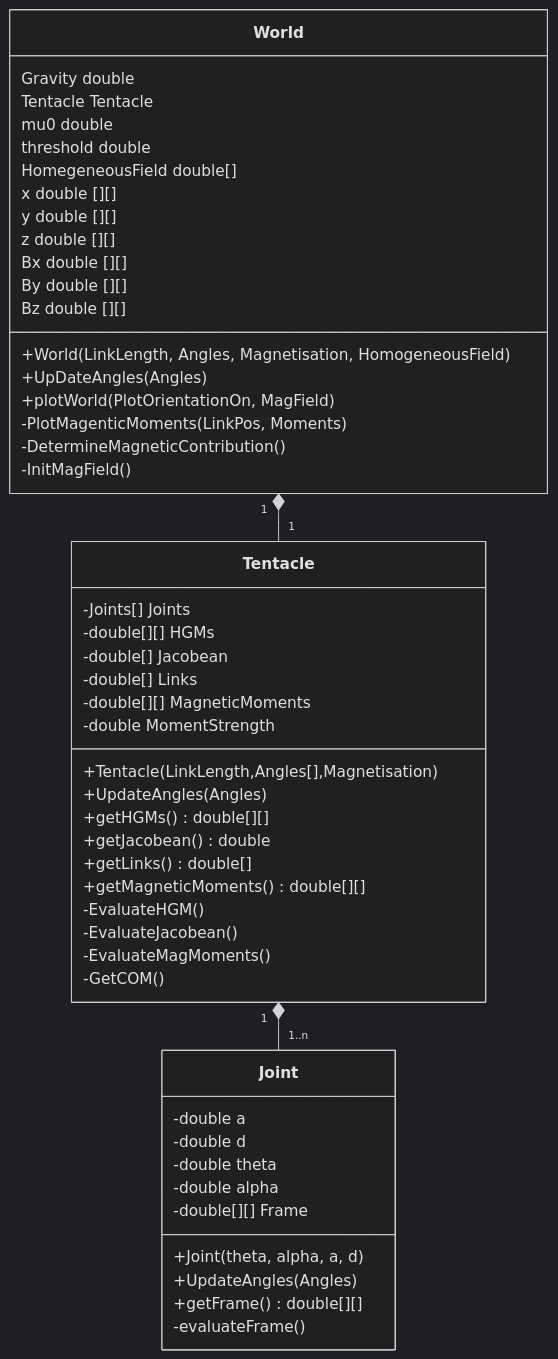
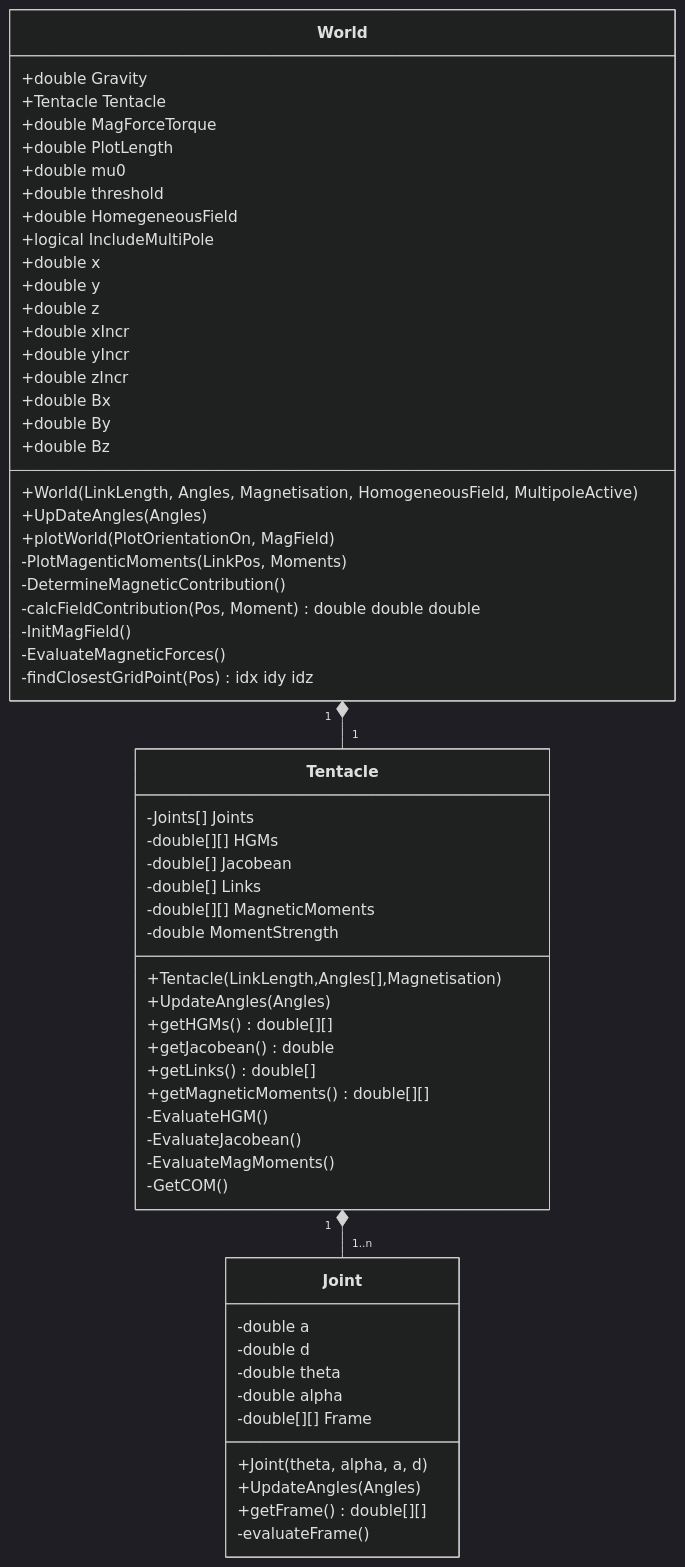
The diagram in README.md (adammetcalf/MagnetSOlver), drawn with Mermaid (dark theme) before and after one commit. The commit also changed 2 other files, not shown here.

Commit message:
Added the effects of Magnetisation to the model.
Todo: constrain angles to reasonable limits?
add effects of gravity
add stiffness
Add mass

Add an optimisation solver

````diff
--- a/README.md
+++ b/README.md
@@ -7,53 +7,62 @@
 ```mermaid
 classDiagram
     class Joint {
         -double a
         -double d
         -double theta
         -double alpha
         -double[][] Frame
         +Joint(theta, alpha, a, d)
         +UpdateAngles(Angles)
         +getFrame() double[][]
         -evaluateFrame()
     }
     class Tentacle{
         -Joints[] Joints
         -double[][] HGMs
         -double[] Jacobean
         -double[] Links
         -double[][] MagneticMoments
         -double MomentStrength
         +Tentacle(LinkLength,Angles[],Magnetisation)
         +UpdateAngles(Angles)
         +getHGMs() double[][]
         +getJacobean() double
         +getLinks() double[]
         +getMagneticMoments() double[][]
         -EvaluateHGM()
         -EvaluateJacobean()
         -EvaluateMagMoments()
         -GetCOM()
     }
     class World {
-        Gravity double
-        Tentacle Tentacle
-        mu0 double
-        threshold double
-        HomegeneousField double[]
-        x double [][]
-        y double [][]
-        z double [][]
-        Bx double [][]
-        By double [][]
-        Bz double [][]
-        +World(LinkLength, Angles, Magnetisation, HomogeneousField)
+        +double Gravity
+        +Tentacle Tentacle
+        +double MagForceTorque
+        +double PlotLength
+        +double mu0
+        +double threshold
+        +double HomegeneousField
+        +logical IncludeMultiPole
+        +double x
+        +double y
+        +double z
+        +double xIncr
+        +double yIncr
+        +double zIncr
+        +double Bx
+        +double By
+        +double Bz
+        +World(LinkLength, Angles, Magnetisation, HomogeneousField, MultipoleActive)
         +UpDateAngles(Angles)
         +plotWorld(PlotOrientationOn, MagField)
         -PlotMagenticMoments(LinkPos, Moments)
         -DetermineMagneticContribution()
+        -calcFieldContribution(Pos, Moment) double double double
         -InitMagField()
+        -EvaluateMagneticForces()
+        -findClosestGridPoint(Pos) idx idy idz
     }
     World "1" *-- "1" Tentacle
     Tentacle "1" *-- "1..n" Joint
 ```
````
